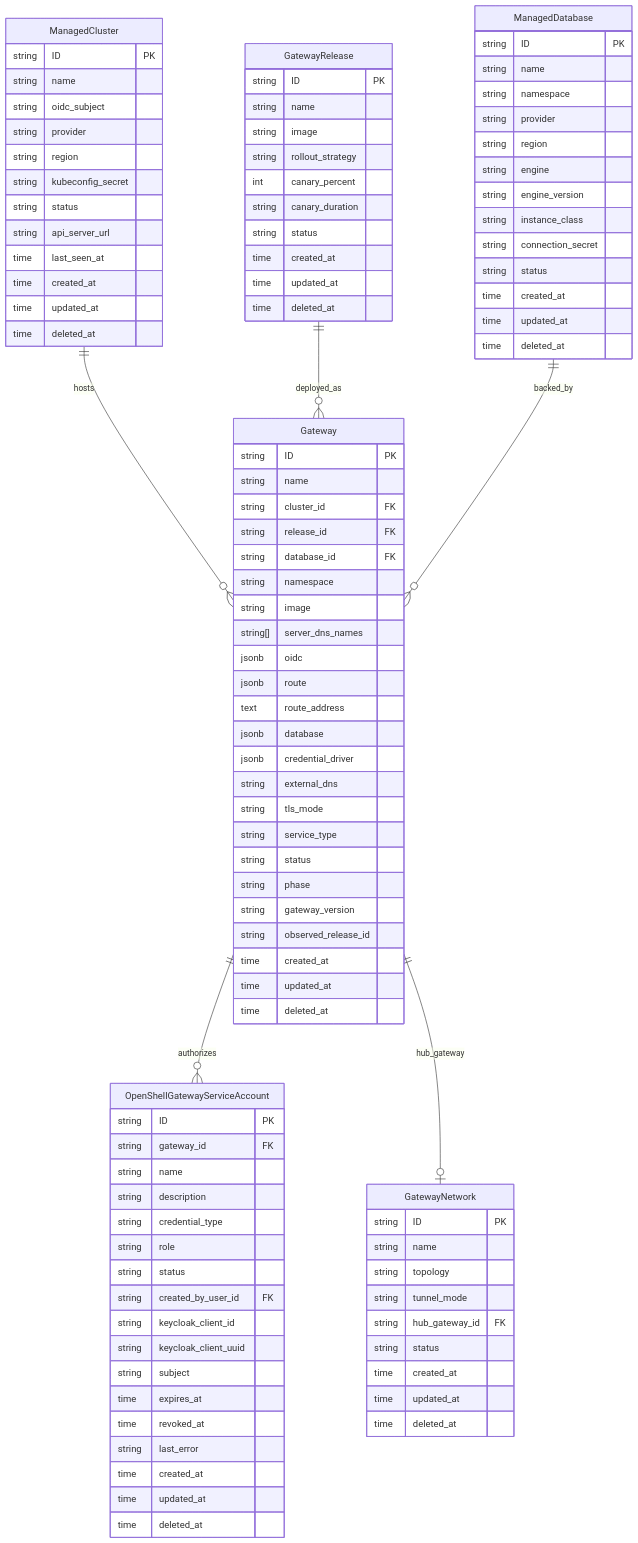
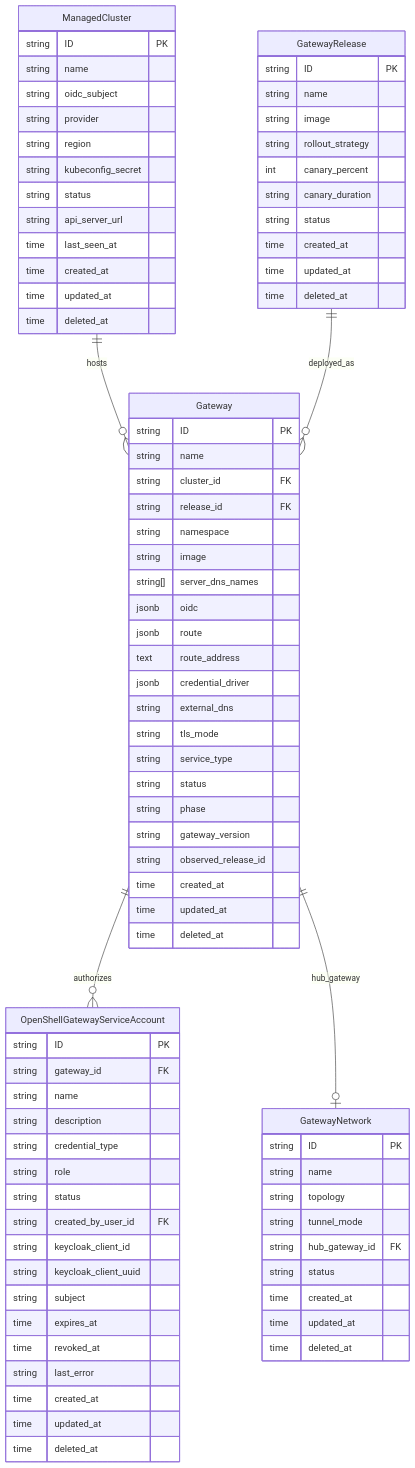
The diagram in specs/platform/data-model.spec.md (jonmosco/hypershell), drawn with Mermaid before and after one commit. The commit also changed other lines of this file and 267 other files, not shown here.

````diff
--- a/specs/platform/data-model.spec.md
+++ b/specs/platform/data-model.spec.md
@@ -33,22 +32,6 @@
         string status
         string api_server_url
         time last_seen_at
-        time created_at
-        time updated_at
-        time deleted_at
-    }
-
-    ManagedDatabase {
-        string ID PK
-        string name
-        string namespace
-        string provider
-        string region
-        string engine
-        string engine_version
-        string instance_class
-        string connection_secret
-        string status
         time created_at
         time updated_at
         time deleted_at
@@ -72,14 +55,12 @@
         string name
         string cluster_id FK
         string release_id FK
-        string database_id FK
         string namespace
         string image
         string[] server_dns_names
         jsonb oidc
         jsonb route
         text route_address
-        jsonb database
         jsonb credential_driver
         string external_dns
         string tls_mode
@@ -127,7 +108,6 @@
 
     ManagedCluster ||--o{ Gateway : "hosts"
     GatewayRelease ||--o{ Gateway : "deployed_as"
-    ManagedDatabase ||--o{ Gateway : "backed_by"
     Gateway ||--o{ OpenShellGatewayServiceAccount : "authorizes"
     Gateway ||--o| GatewayNetwork : "hub_gateway"
 ```
````
